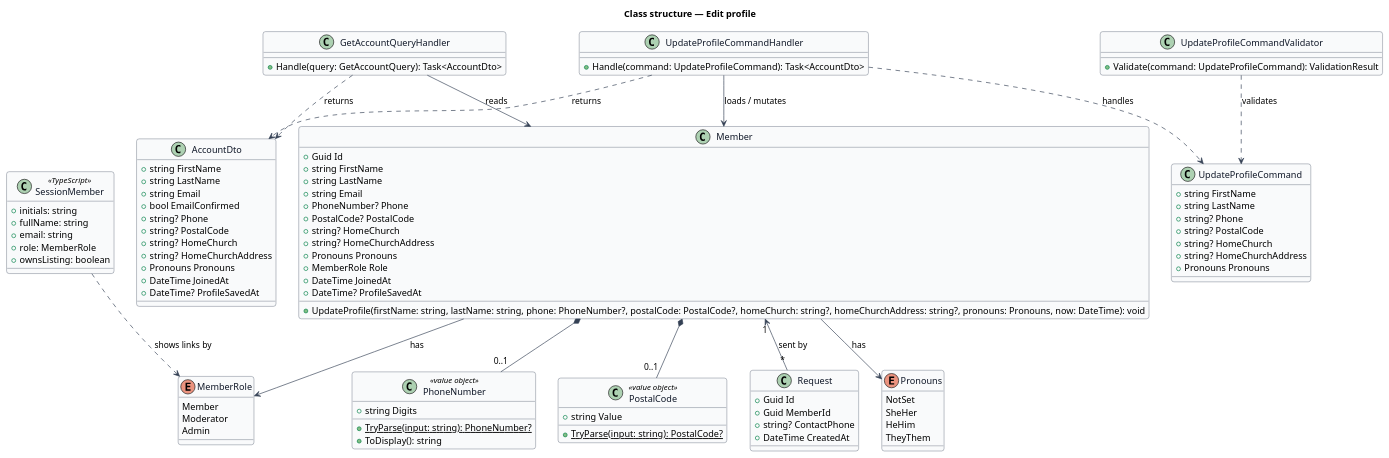
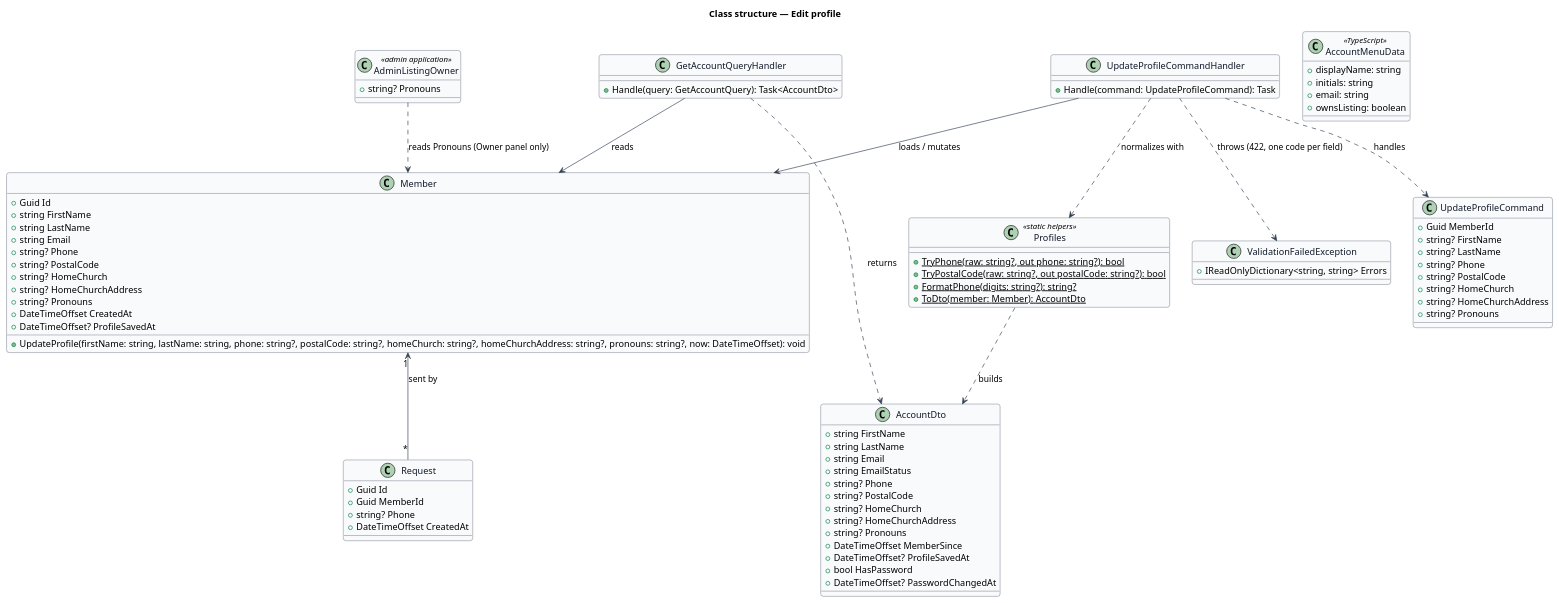
The diagram in docs/detailed-designs/accounts/edit-profile/diagrams/class-structure.puml (QuinntyneBrown/jubilee), drawn with PlantUML before and after one commit. The commit also changed 30 other files, not shown here.

Commit message:
Journey 20: designs of edit-profile and change-credentials name what is built, and estimates at 100%

```diff
--- a/docs/detailed-designs/accounts/edit-profile/diagrams/class-structure.puml
+++ b/docs/detailed-designs/accounts/edit-profile/diagrams/class-structure.puml
@@ -1,120 +1,105 @@
 @startuml
 ' --- shared skin header ---
 skinparam backgroundColor #FFFFFF
 skinparam shadowing false
 skinparam roundcorner 8
 skinparam defaultFontName Arial
 skinparam ArrowColor #344054
 skinparam class {
   BorderColor #344054
   FontColor #101828
   BackgroundColor #F9FAFB
 }
 ' --------------------------
 title Class structure — Edit profile
 
 
-enum Pronouns {
-  NotSet
-  SheHer
-  HeHim
-  TheyThem
-}
-
-enum MemberRole {
-  Member
-  Moderator
-  Admin
-}
-
 class Member {
   +Guid Id
   +string FirstName
   +string LastName
   +string Email
-  +PhoneNumber? Phone
-  +PostalCode? PostalCode
+  +string? Phone
+  +string? PostalCode
   +string? HomeChurch
   +string? HomeChurchAddress
-  +Pronouns Pronouns
-  +MemberRole Role
-  +DateTime JoinedAt
-  +DateTime? ProfileSavedAt
-  +UpdateProfile(firstName: string, lastName: string, phone: PhoneNumber?, postalCode: PostalCode?, homeChurch: string?, homeChurchAddress: string?, pronouns: Pronouns, now: DateTime): void
+  +string? Pronouns
+  +DateTimeOffset CreatedAt
+  +DateTimeOffset? ProfileSavedAt
+  +UpdateProfile(firstName: string, lastName: string, phone: string?, postalCode: string?, homeChurch: string?, homeChurchAddress: string?, pronouns: string?, now: DateTimeOffset): void
 }
 
-class PhoneNumber <<value object>> {
-  +string Digits
-  +{static} TryParse(input: string): PhoneNumber?
-  +ToDisplay(): string
-}
-
-class PostalCode <<value object>> {
-  +string Value
-  +{static} TryParse(input: string): PostalCode?
+class Profiles <<static helpers>> {
+  +{static} TryPhone(raw: string?, out phone: string?): bool
+  +{static} TryPostalCode(raw: string?, out postalCode: string?): bool
+  +{static} FormatPhone(digits: string?): string?
+  +{static} ToDto(member: Member): AccountDto
 }
 
 class Request {
   +Guid Id
   +Guid MemberId
-  +string? ContactPhone
-  +DateTime CreatedAt
+  +string? Phone
+  +DateTimeOffset CreatedAt
 }
 
 class UpdateProfileCommand {
-  +string FirstName
-  +string LastName
+  +Guid MemberId
+  +string? FirstName
+  +string? LastName
   +string? Phone
   +string? PostalCode
   +string? HomeChurch
   +string? HomeChurchAddress
-  +Pronouns Pronouns
-}
-
-class UpdateProfileCommandValidator {
-  +Validate(command: UpdateProfileCommand): ValidationResult
+  +string? Pronouns
 }
 
 class UpdateProfileCommandHandler {
-  +Handle(command: UpdateProfileCommand): Task<AccountDto>
+  +Handle(command: UpdateProfileCommand): Task
+}
+
+class ValidationFailedException {
+  +IReadOnlyDictionary<string, string> Errors
 }
 
 class GetAccountQueryHandler {
   +Handle(query: GetAccountQuery): Task<AccountDto>
 }
 
 class AccountDto {
   +string FirstName
   +string LastName
   +string Email
-  +bool EmailConfirmed
+  +string EmailStatus
   +string? Phone
   +string? PostalCode
   +string? HomeChurch
   +string? HomeChurchAddress
-  +Pronouns Pronouns
-  +DateTime JoinedAt
-  +DateTime? ProfileSavedAt
+  +string? Pronouns
+  +DateTimeOffset MemberSince
+  +DateTimeOffset? ProfileSavedAt
+  +bool HasPassword
+  +DateTimeOffset? PasswordChangedAt
 }
 
-class SessionMember <<TypeScript>> {
+class AdminListingOwner <<admin application>> {
+  +string? Pronouns
+}
+
+class AccountMenuData <<TypeScript>> {
+  +displayName: string
   +initials: string
-  +fullName: string
   +email: string
-  +role: MemberRole
   +ownsListing: boolean
 }
 
 UpdateProfileCommandHandler ..> UpdateProfileCommand : handles
-UpdateProfileCommandValidator ..> UpdateProfileCommand : validates
+UpdateProfileCommandHandler ..> Profiles : normalizes with
+UpdateProfileCommandHandler ..> ValidationFailedException : throws (422, one code per field)
 UpdateProfileCommandHandler --> Member : loads / mutates
-UpdateProfileCommandHandler ..> AccountDto : returns
 GetAccountQueryHandler ..> AccountDto : returns
 GetAccountQueryHandler --> Member : reads
-Member *-- "0..1" PhoneNumber
-Member *-- "0..1" PostalCode
-Member --> Pronouns : has
-Member --> MemberRole : has
+Profiles ..> AccountDto : builds
+AdminListingOwner ..> Member : reads Pronouns (Owner panel only)
 Member "1" <-- "*" Request : sent by
-SessionMember ..> MemberRole : shows links by
 @enduml
```
